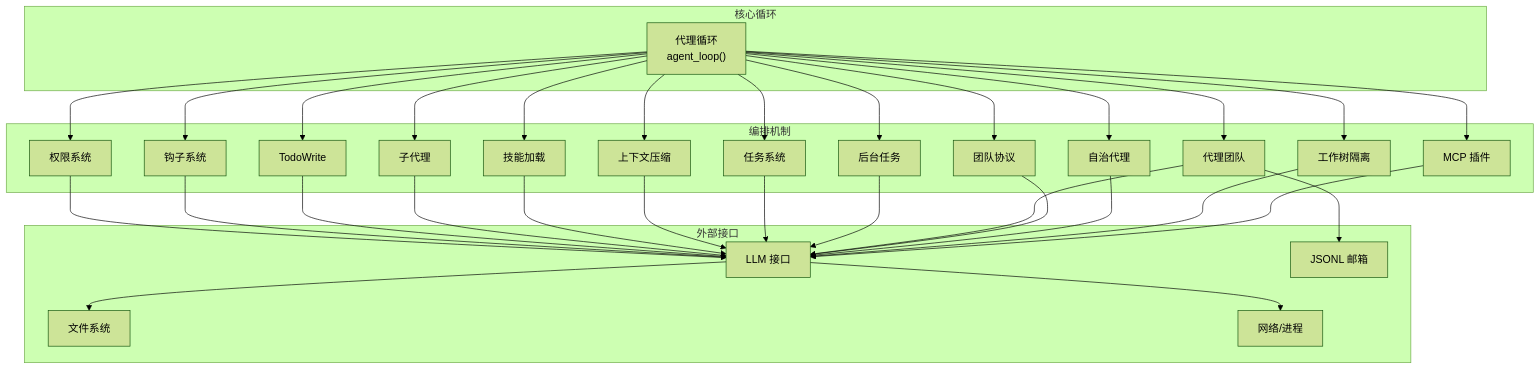
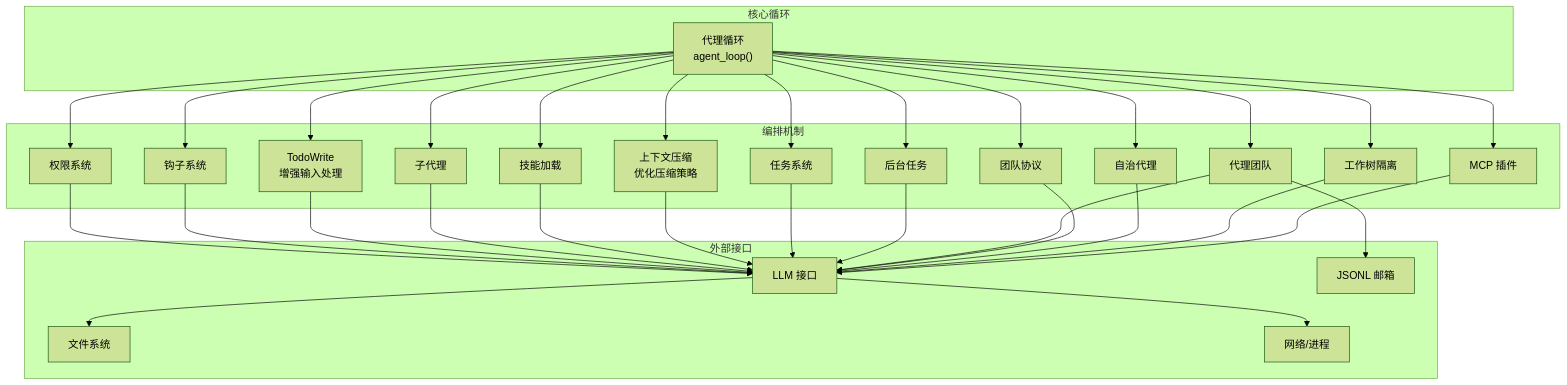
Before and after one commit to haolange/learn-claude-code: the second of 11 diagrams in .qoder/repowiki/zh/content/团队协作系统/综合集成.md, drawn with Mermaid (forest theme). The commit also changed other lines of this file and 6 other files, not shown here.

````diff
--- a/.qoder/repowiki/zh/content/团队协作系统/综合集成.md
+++ b/.qoder/repowiki/zh/content/团队协作系统/综合集成.md
@@ -126,56 +142,56 @@
 ```mermaid
 graph TB
 subgraph "核心循环"
 LOOP["代理循环<br/>agent_loop()"]
 end
 subgraph "编排机制"
 PERM["权限系统"]
 HOOK["钩子系统"]
-TODO["TodoWrite"]
+TODO["TodoWrite<br/>增强输入处理"]
 SUB["子代理"]
 SKILL["技能加载"]
-COMP["上下文压缩"]
+COMP["上下文压缩<br/>优化压缩策略"]
 TASK["任务系统"]
 BG["后台任务"]
 TEAM["代理团队"]
 PROT["团队协议"]
 AUTO["自治代理"]
 WT["工作树隔离"]
 MCP["MCP 插件"]
 end
 subgraph "外部接口"
 LLM["LLM 接口"]
 FS["文件系统"]
 NET["网络/进程"]
 MAIL["JSONL 邮箱"]
 end
 LOOP --> PERM
 LOOP --> HOOK
 LOOP --> TODO
 LOOP --> SUB
 LOOP --> SKILL
 LOOP --> COMP
 LOOP --> TASK
 LOOP --> BG
 LOOP --> TEAM
 LOOP --> PROT
 LOOP --> AUTO
 LOOP --> WT
 LOOP --> MCP
 PERM --> LLM
 HOOK --> LLM
 TODO --> LLM
 SUB --> LLM
 SKILL --> LLM
 COMP --> LLM
 TASK --> LLM
 BG --> LLM
 TEAM --> LLM
 PROT --> LLM
 AUTO --> LLM
 WT --> LLM
 MCP --> LLM
 LLM --> FS
 LLM --> NET
 TEAM --> MAIL
 ```
````
